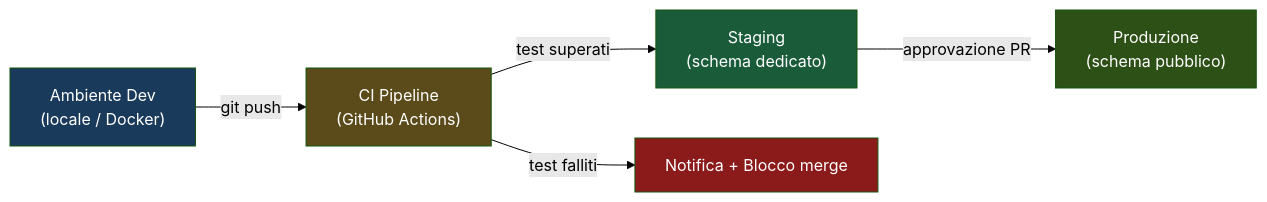
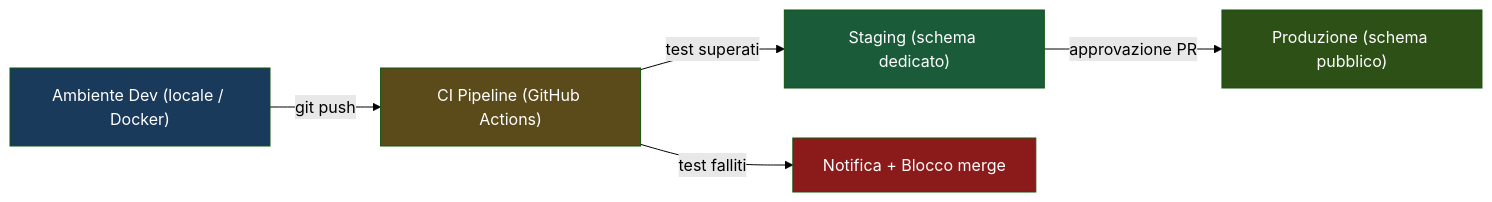
The third of 4 diagrams in src/content/corso/infrastructure-ops/cicd.mdx (AndreyBertasini/gynnitech), drawn with Mermaid (forest theme) before and after one commit. The commit also changed 23 other files, not shown here.

````diff
--- a/src/content/corso/infrastructure-ops/cicd.mdx
+++ b/src/content/corso/infrastructure-ops/cicd.mdx
@@ -362,18 +362,14 @@
 ```mermaid
 flowchart LR
-    DEV["Ambiente Dev
-    (locale / Docker)"] -->|"git push"| CI["CI Pipeline
-    (GitHub Actions)"]
-    CI -->|"test superati"| STAGING["Staging
-    (schema dedicato)"]
-    STAGING -->|"approvazione PR"| PROD["Produzione
-    (schema pubblico)"]
+    DEV["Ambiente Dev (locale / Docker)"] -->|"git push"| CI["CI Pipeline (GitHub Actions)"]
+    CI -->|"test superati"| STAGING["Staging (schema dedicato)"]
+    STAGING -->|"approvazione PR"| PROD["Produzione (schema pubblico)"]
 
     CI -->|"test falliti"| FAIL["Notifica + Blocco merge"]
 
     style DEV fill:#1a3a5c,color:#ffffff
     style CI fill:#5c4b1a,color:#ffffff
     style STAGING fill:#1a5c3a,color:#ffffff
     style PROD fill:#2d5016,color:#ffffff
     style FAIL fill:#8b1a1a,color:#ffffff
 ```
````
